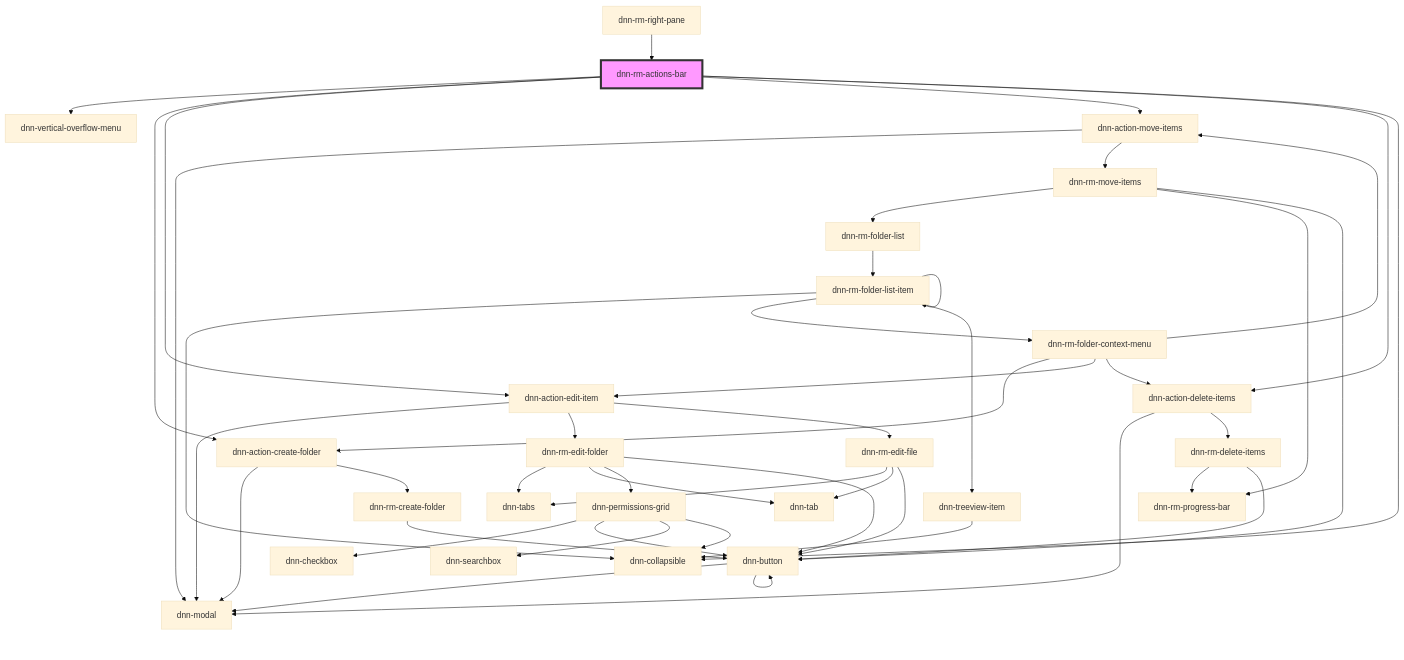
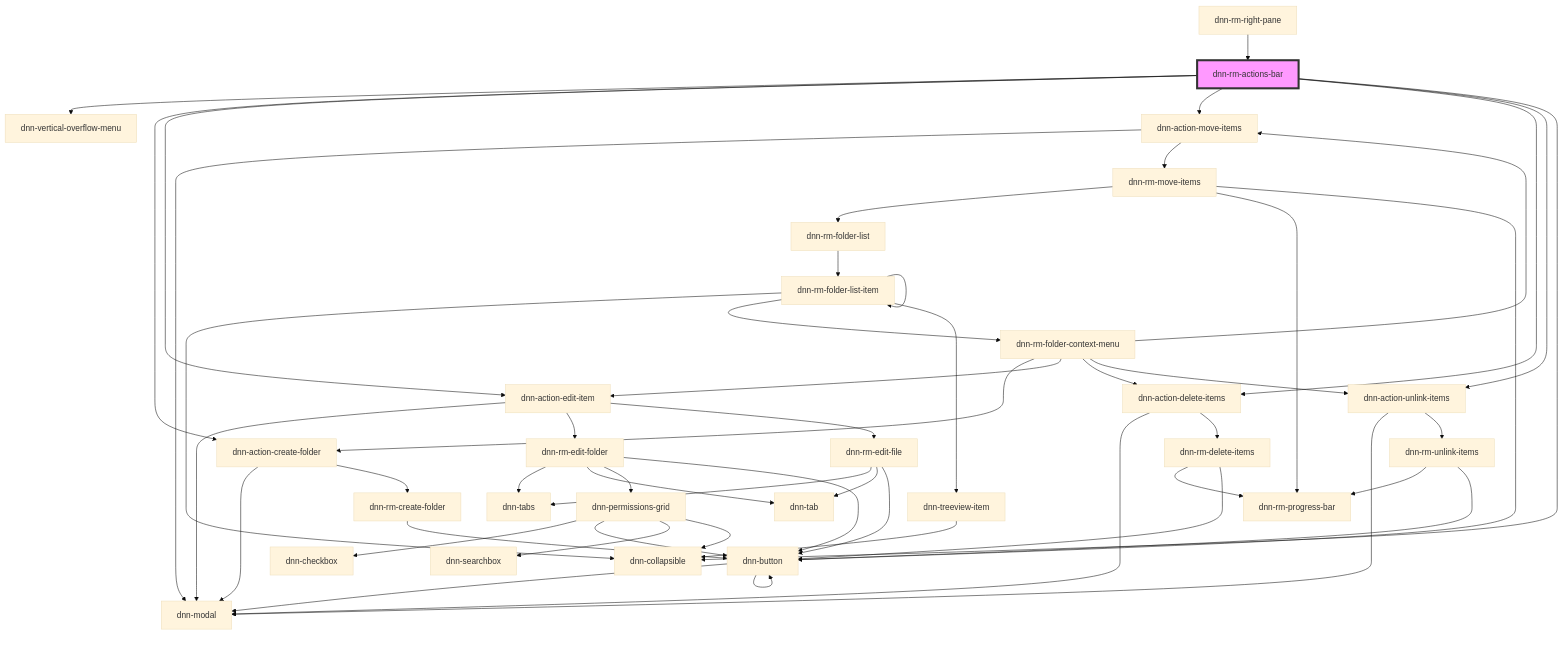
One commit to dnnsoftware/Dnn.Platform changed the diagram in DNN Platform/Modules/ResourceManager/ResourceManager.Web/src/components/dnn-rm-actions-bar/readme.md. Above: the diagram before and after it, drawn with Mermaid (base theme). The commit also changed other lines of this file and 25 other files, not shown here.

````diff
--- a/DNN Platform/Modules/ResourceManager/ResourceManager.Web/src/components/dnn-rm-actions-bar/readme.md
+++ b/DNN Platform/Modules/ResourceManager/ResourceManager.Web/src/components/dnn-rm-actions-bar/readme.md
@@ -24,49 +25,55 @@
 ```mermaid
 graph TD;
   dnn-rm-actions-bar --> dnn-vertical-overflow-menu
   dnn-rm-actions-bar --> dnn-action-create-folder
   dnn-rm-actions-bar --> dnn-action-edit-item
   dnn-rm-actions-bar --> dnn-action-move-items
   dnn-rm-actions-bar --> dnn-action-delete-items
+  dnn-rm-actions-bar --> dnn-action-unlink-items
   dnn-rm-actions-bar --> dnn-collapsible
   dnn-action-create-folder --> dnn-modal
   dnn-action-create-folder --> dnn-rm-create-folder
   dnn-rm-create-folder --> dnn-button
   dnn-button --> dnn-modal
   dnn-button --> dnn-button
   dnn-action-edit-item --> dnn-modal
   dnn-action-edit-item --> dnn-rm-edit-folder
   dnn-action-edit-item --> dnn-rm-edit-file
   dnn-rm-edit-folder --> dnn-tabs
   dnn-rm-edit-folder --> dnn-tab
   dnn-rm-edit-folder --> dnn-permissions-grid
   dnn-rm-edit-folder --> dnn-button
   dnn-permissions-grid --> dnn-checkbox
   dnn-permissions-grid --> dnn-button
   dnn-permissions-grid --> dnn-searchbox
   dnn-permissions-grid --> dnn-collapsible
   dnn-rm-edit-file --> dnn-tabs
   dnn-rm-edit-file --> dnn-tab
   dnn-rm-edit-file --> dnn-button
   dnn-action-move-items --> dnn-modal
   dnn-action-move-items --> dnn-rm-move-items
   dnn-rm-move-items --> dnn-rm-folder-list
   dnn-rm-move-items --> dnn-rm-progress-bar
   dnn-rm-move-items --> dnn-button
   dnn-rm-folder-list --> dnn-rm-folder-list-item
   dnn-rm-folder-list-item --> dnn-collapsible
   dnn-rm-folder-list-item --> dnn-rm-folder-context-menu
   dnn-rm-folder-list-item --> dnn-treeview-item
   dnn-rm-folder-list-item --> dnn-rm-folder-list-item
   dnn-rm-folder-context-menu --> dnn-action-create-folder
   dnn-rm-folder-context-menu --> dnn-action-edit-item
   dnn-rm-folder-context-menu --> dnn-action-move-items
   dnn-rm-folder-context-menu --> dnn-action-delete-items
+  dnn-rm-folder-context-menu --> dnn-action-unlink-items
   dnn-action-delete-items --> dnn-modal
   dnn-action-delete-items --> dnn-rm-delete-items
   dnn-rm-delete-items --> dnn-rm-progress-bar
   dnn-rm-delete-items --> dnn-button
+  dnn-action-unlink-items --> dnn-modal
+  dnn-action-unlink-items --> dnn-rm-unlink-items
+  dnn-rm-unlink-items --> dnn-rm-progress-bar
+  dnn-rm-unlink-items --> dnn-button
   dnn-treeview-item --> dnn-collapsible
   dnn-rm-right-pane --> dnn-rm-actions-bar
   style dnn-rm-actions-bar fill:#f9f,stroke:#333,stroke-width:4px
 ```
````
